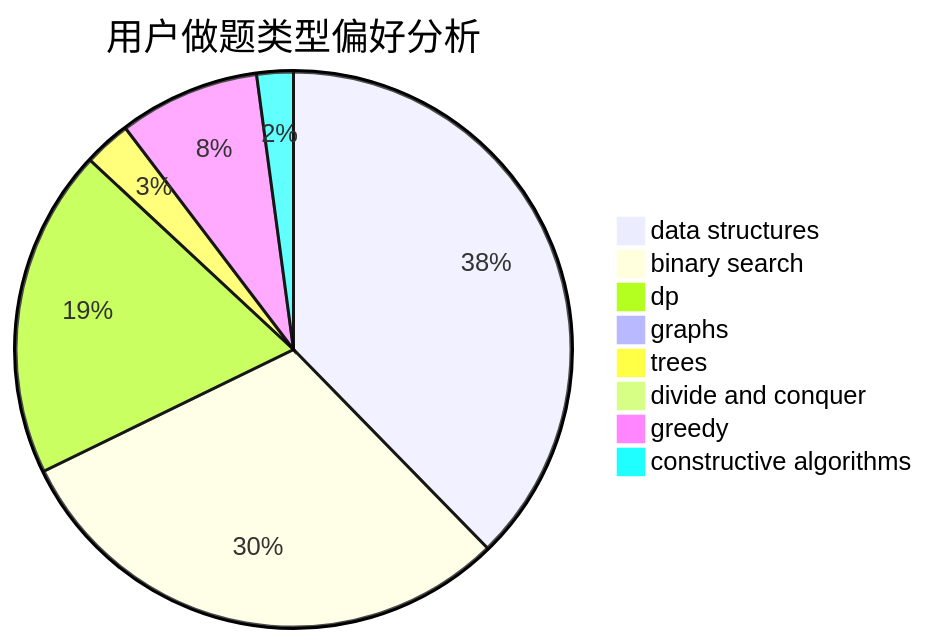
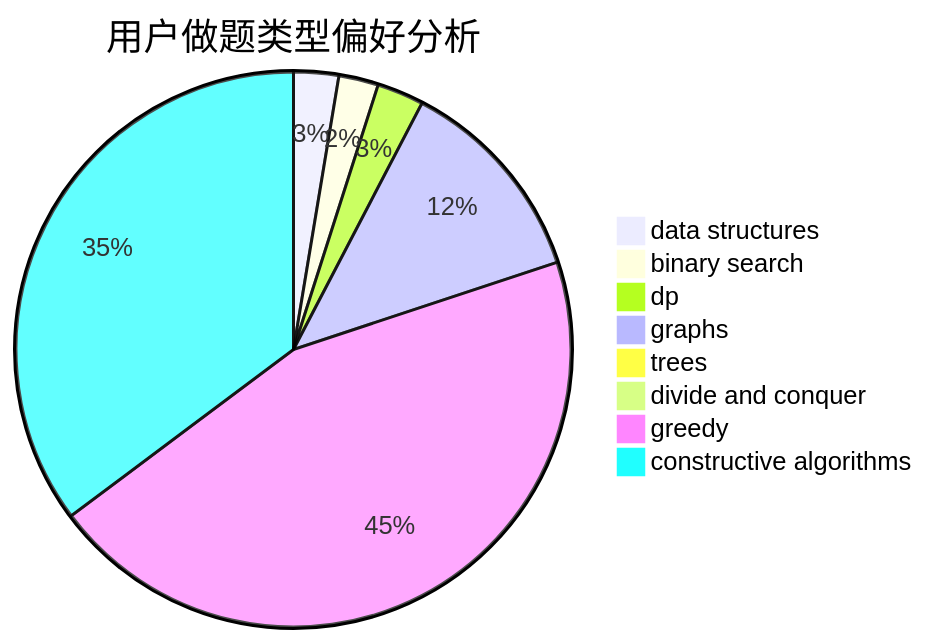
Before and after one commit to sherpahu/cfrs.github.io: the second of 3 diagrams in docs/user/u1155.md, drawn with Mermaid. The commit also changed other lines of this file and 2770 other files, not shown here.

````diff
--- a/docs/user/u1155.md
+++ b/docs/user/u1155.md
@@ -23,11 +23,11 @@
 ```mermaid
 pie title 用户做题类型偏好分析
-    "data structures" :  124
-    "binary search" :  99
-    "dp" :  63
-    "graphs" :  0
-    "trees" :  9
-    "divide and conquer" :  0
-    "greedy" :  27
-    "constructive algorithms" :  7
+    "data structures" :  25
+    "binary search" :  22
+    "dp" :  26
+    "graphs" :  117
+    "trees" :  2
+    "divide and conquer" :  1
+    "greedy" :  428
+    "constructive algorithms" :  336
 ```
````
